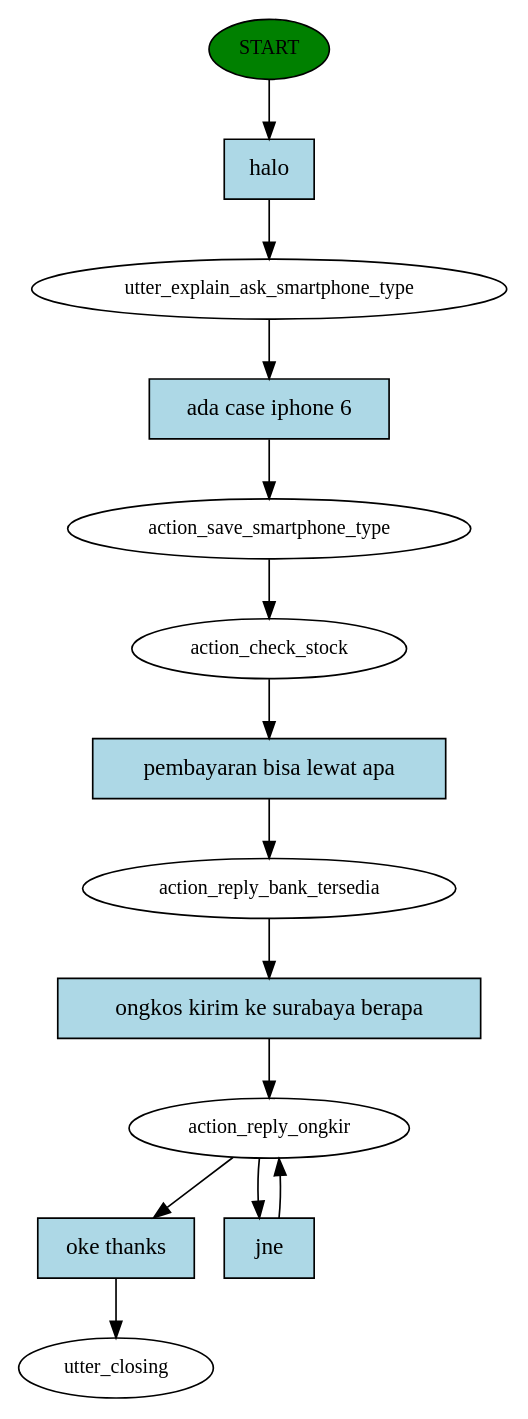
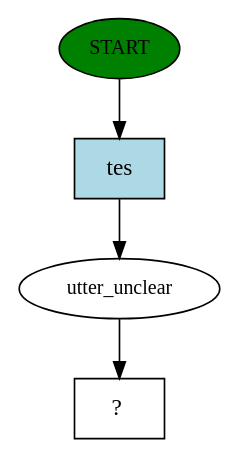
One commit to veronicaads/pybot-chatbot changed the diagram in story_graph.dot. Above: the diagram before and after it, drawn with Graphviz. The commit also changed 14 other files, not shown here.

```diff
--- a/story_graph.dot
+++ b/story_graph.dot
@@ -1,28 +1,9 @@
 digraph  {
 0 [class="start active", fillcolor=green, fontsize=12, label=START, style=filled];
-1 [class=active, fontsize=12, label=utter_explain_ask_smartphone_type];
-2 [class=active, fontsize=12, label=action_save_smartphone_type];
-3 [class=active, fontsize=12, label=action_check_stock];
-4 [class=active, fontsize=12, label=action_reply_bank_tersedia];
-5 [class=active, fontsize=12, label=action_reply_ongkir];
-7 [class="dashed active", fontsize=12, label=utter_closing];
-8 [class="intent active", fillcolor=lightblue, label=halo, shape=rect, style=filled];
-9 [class="intent active", fillcolor=lightblue, label="ada case iphone 6", shape=rect, style=filled];
-10 [class="intent active", fillcolor=lightblue, label="pembayaran bisa lewat apa", shape=rect, style=filled];
-11 [class="intent active", fillcolor=lightblue, label="ongkos kirim ke surabaya berapa", shape=rect, style=filled];
-12 [class="intent active", fillcolor=lightblue, label="oke thanks", shape=rect, style=filled];
-13 [class="intent active", fillcolor=lightblue, label=jne, shape=rect, style=filled];
-0 -> 8  [class=active, key=0];
-1 -> 9  [class=active, key=0];
-2 -> 3  [class=active, key=NONE, label=""];
-3 -> 10  [class=active, key=0];
-4 -> 11  [class=active, key=0];
-5 -> 12  [class=active, key=0];
-5 -> 13  [class=active, key=0];
-8 -> 1  [class=active, key=0];
-9 -> 2  [class=active, key=0];
-10 -> 4  [class=active, key=0];
-11 -> 5  [class=active, key=0];
-12 -> 7  [class=active, key=0];
-13 -> 5  [class=active, key=0];
+1 [class=active, fontsize=12, label=utter_unclear];
+2 [class="intent dashed active", label="  ?  ", shape=rect];
+3 [class="intent active", fillcolor=lightblue, label=tes, shape=rect, style=filled];
+0 -> 3  [class=active, key=0];
+1 -> 2  [class=active, key=NONE, label=""];
+3 -> 1  [class=active, key=0];
 }
```
